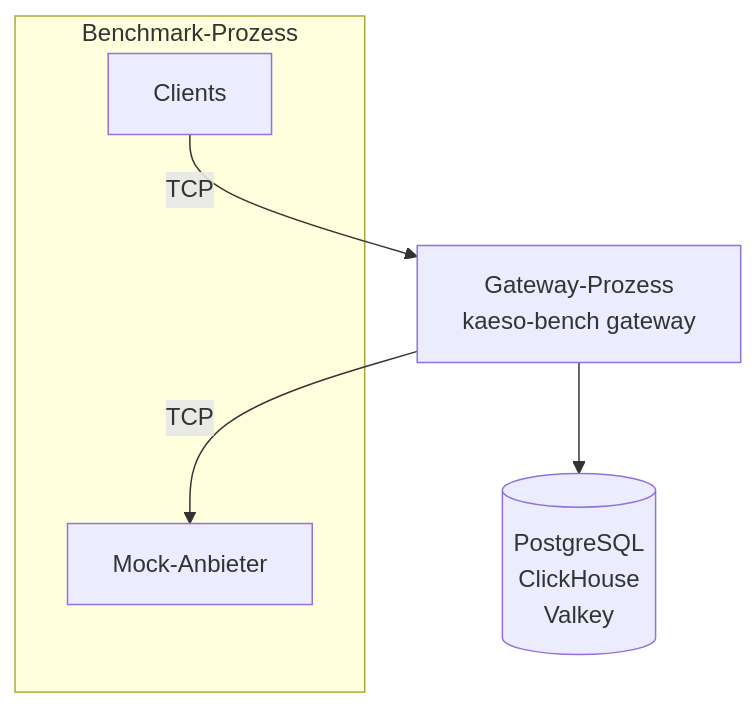
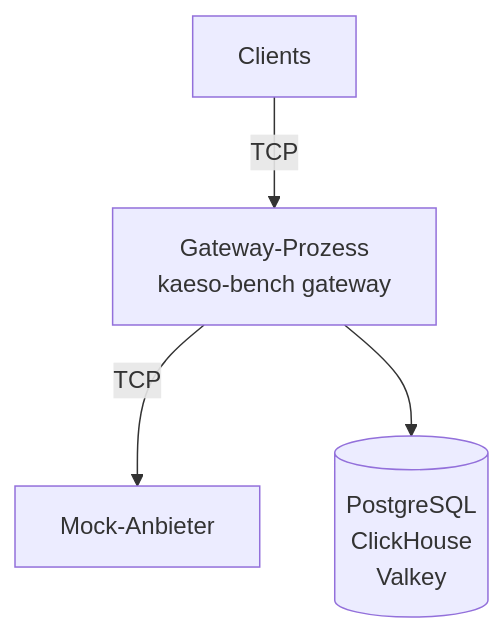
The diagram in apps/docs/content/de/development/benchmark.md (logicplanes/kaeso), drawn with Mermaid before and after one commit. The commit also changed other lines of this file and 14 other files, not shown here.

Commit message:
Draw the benchmark's processes top to bottom so the diagram fits a phone, and space the stream counts

````diff
--- a/apps/docs/content/de/development/benchmark.md
+++ b/apps/docs/content/de/development/benchmark.md
@@ -19,12 +19,8 @@
 ```mermaid
 flowchart TD
   accTitle: Die Prozesse des Benchmarks
   accDescr: Die Clients senden Anfragen über TCP an das Gateway, das in einem eigenen Prozess mit den Entwicklungsdatenbanken läuft und den Mock-Anbieter über TCP aufruft. Die Clients und der Mock-Anbieter laufen im Prozess des Benchmarks.
-  subgraph bench [Benchmark-Prozess]
-    clients[Clients]:::outside
-    mock[Mock-Anbieter]:::outside
-  end
-  clients -- TCP --> gateway[Gateway-Prozess<br>kaeso-bench gateway]:::accent
-  gateway -- TCP --> mock
+  clients[Clients]:::outside -- TCP --> gateway[Gateway-Prozess<br>kaeso-bench gateway]:::accent
+  gateway -- TCP --> mock[Mock-Anbieter]:::outside
   gateway --> data[(PostgreSQL<br>ClickHouse<br>Valkey)]
 ```
````
